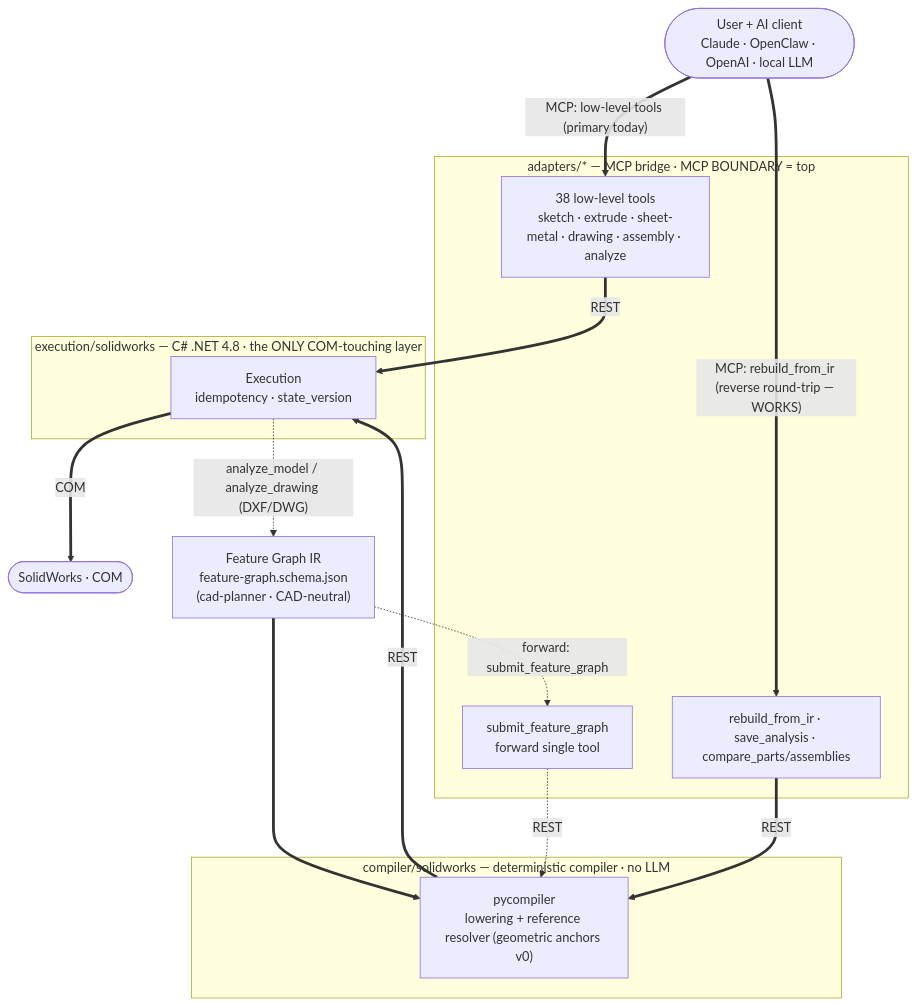
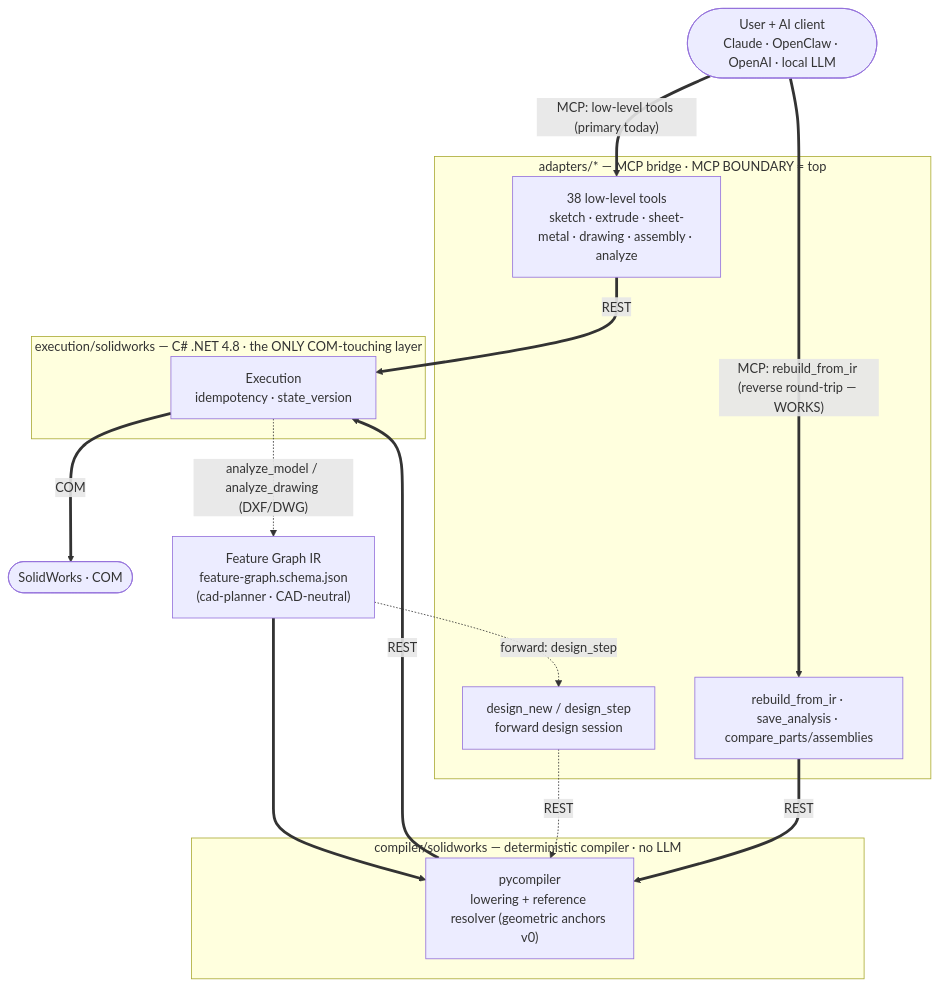
Before and after one commit to Claw256/mcp-server-solidworks: the diagram in README.md, drawn with Mermaid. The commit also changed other lines of this file and 39 other files, not shown here.

First line of the commit message:
Incremental design sessions: step / undo / redo instead of one-shot graphs

````diff
--- a/README.md
+++ b/README.md
@@ -47,38 +47,38 @@
 ```mermaid
 flowchart TD
     U(["User + AI client<br/>Claude · OpenClaw · OpenAI · local LLM"])
 
     subgraph ADAPT["adapters/* — MCP bridge · MCP BOUNDARY = top"]
         LOW["38 low-level tools<br/>sketch · extrude · sheet-metal · drawing · assembly · analyze"]
         RIR["rebuild_from_ir · save_analysis · compare_parts/assemblies"]
-        SFG["submit_feature_graph<br/>forward single tool"]
+        SFG["design_new / design_step<br/>forward design session"]
     end
 
     IR["Feature Graph IR<br/>feature-graph.schema.json<br/>(cad-planner · CAD-neutral)"]
 
     subgraph COMP["compiler/solidworks — deterministic compiler · no LLM"]
         CO["pycompiler<br/>lowering + reference resolver (geometric anchors v0)"]
     end
 
     subgraph EXE["execution/solidworks — C# .NET 4.8 · the ONLY COM-touching layer"]
         EX["Execution<br/>idempotency · state_version"]
     end
 
     SW(["SolidWorks · COM"])
 
     %% Working today (thick)
     U == "MCP: low-level tools (primary today)" ==> LOW
     LOW == "REST" ==> EX
     U == "MCP: rebuild_from_ir (reverse round-trip — WORKS)" ==> RIR
     IR ==> CO
     RIR == "REST" ==> CO
     CO == "REST" ==> EX
     EX == "COM" ==> SW
 
     %% Reverse discovery step: read an existing part → propose an IR
     EX -. "analyze_model / analyze_drawing (DXF/DWG)" .-> IR
 
     %% Planned forward collapse (dashed)
-    IR -. "forward: submit_feature_graph" .-> SFG
+    IR -. "forward: design_step" .-> SFG
     SFG -. "REST" .-> CO
 ```
````
